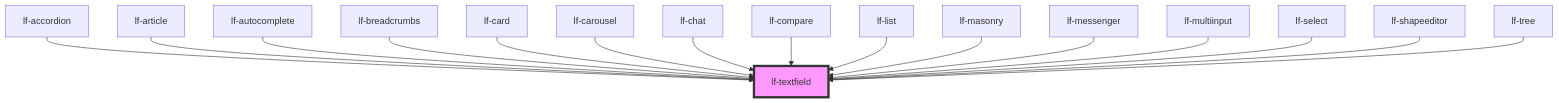
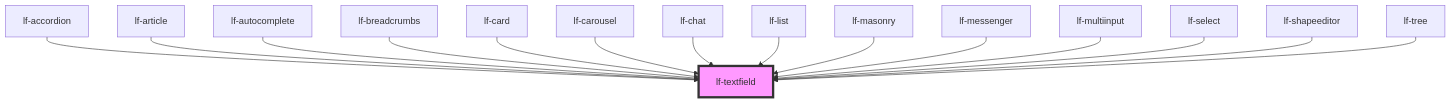
The diagram in packages/core/src/components/lf-textfield/readme.md (lucafoscili/lf-widgets), drawn with Mermaid before and after one commit. The commit also changed other lines of this file and 191 other files, not shown here.

First line of the commit message:
chore: Refactor to functional component architecture for UI

````diff
--- a/packages/core/src/components/lf-textfield/readme.md
+++ b/packages/core/src/components/lf-textfield/readme.md
@@ -196,19 +195,18 @@
 ```mermaid
 graph TD;
   lf-accordion --> lf-textfield
   lf-article --> lf-textfield
   lf-autocomplete --> lf-textfield
   lf-breadcrumbs --> lf-textfield
   lf-card --> lf-textfield
   lf-carousel --> lf-textfield
   lf-chat --> lf-textfield
-  lf-compare --> lf-textfield
   lf-list --> lf-textfield
   lf-masonry --> lf-textfield
   lf-messenger --> lf-textfield
   lf-multiinput --> lf-textfield
   lf-select --> lf-textfield
   lf-shapeeditor --> lf-textfield
   lf-tree --> lf-textfield
   style lf-textfield fill:#f9f,stroke:#333,stroke-width:4px
 ```
````
